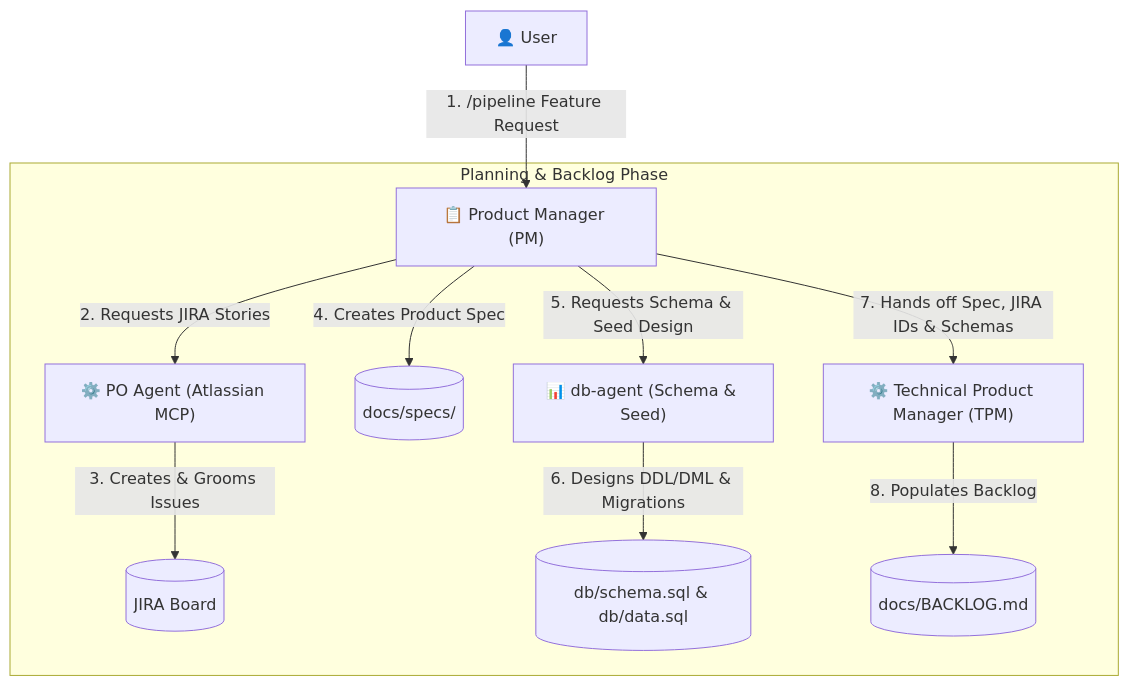
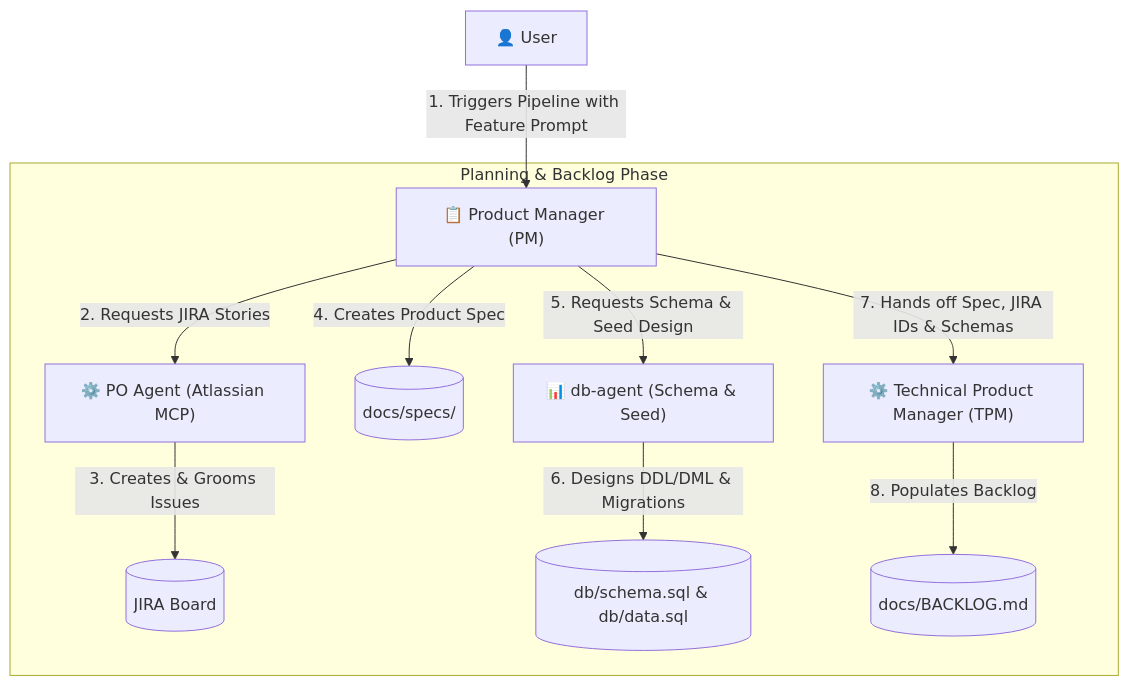
Before and after one commit to gitrey/scion-appteam: the first of 3 diagrams in README.md, drawn with Mermaid.

Commit message:
docs(readme): update pipeline transition label in workflow diagram
- Change first transition label from '1. /pipeline Feature Request' to '1. Triggers Pipeline with Feature Prompt' to accurately represent the containerized spawning execution model of the Scion framework.

````diff
--- a/README.md
+++ b/README.md
@@ -38,14 +38,14 @@
 ```mermaid
 graph TD
-    User["👤 User"] -->|1. /pipeline Feature Request| PM["📋 Product Manager (PM)"]
+    User["👤 User"] -->|1. Triggers Pipeline with Feature Prompt| PM["📋 Product Manager (PM)"]
     
     subgraph "Planning & Backlog Phase"
         PM -->|2. Requests JIRA Stories| PO["⚙️ PO Agent (Atlassian MCP)"]
         PO -->|3. Creates & Grooms Issues| JIRA[("JIRA Board")]
         PM -->|4. Creates Product Spec| Spec[("docs/specs/")]
         PM -->|5. Requests Schema & Seed Design| DB["📊 db-agent (Schema & Seed)"]
         DB -->|6. Designs DDL/DML & Migrations| DBScripts[("db/schema.sql & db/data.sql")]
         PM -->|7. Hands off Spec, JIRA IDs & Schemas| TPM["⚙️ Technical Product Manager (TPM)"]
         TPM -->|8. Populates Backlog| Backlog[("docs/BACKLOG.md")]
     end
 ```
````
